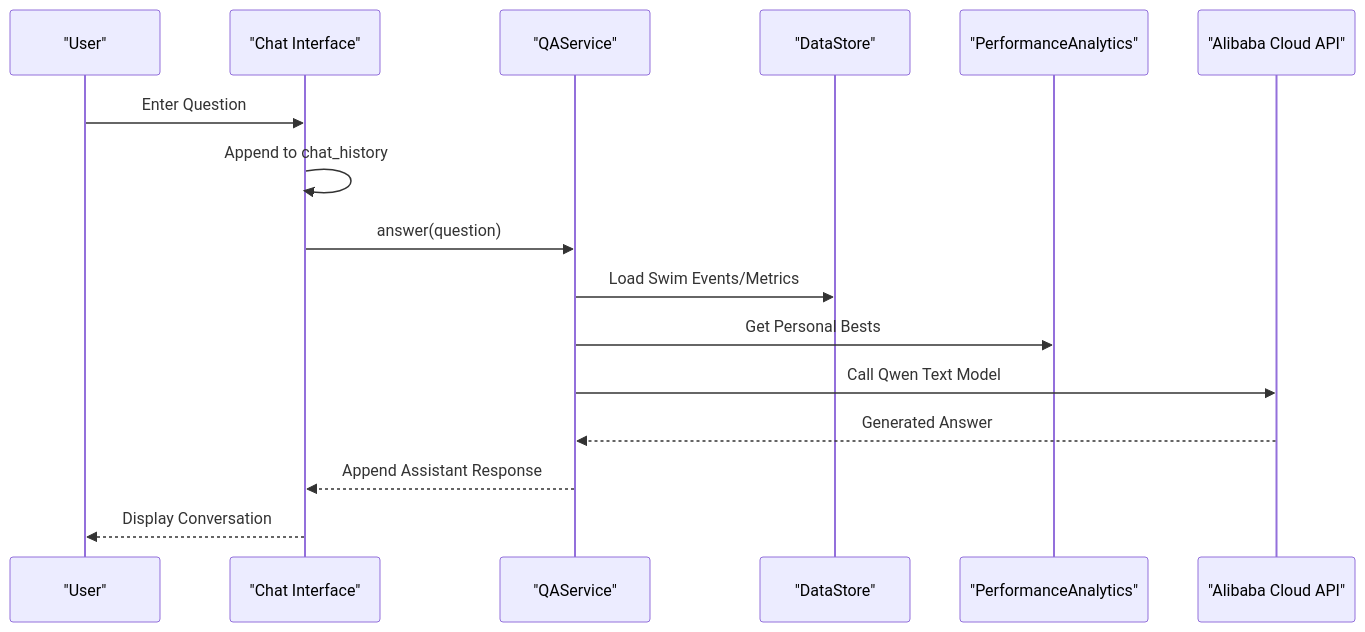
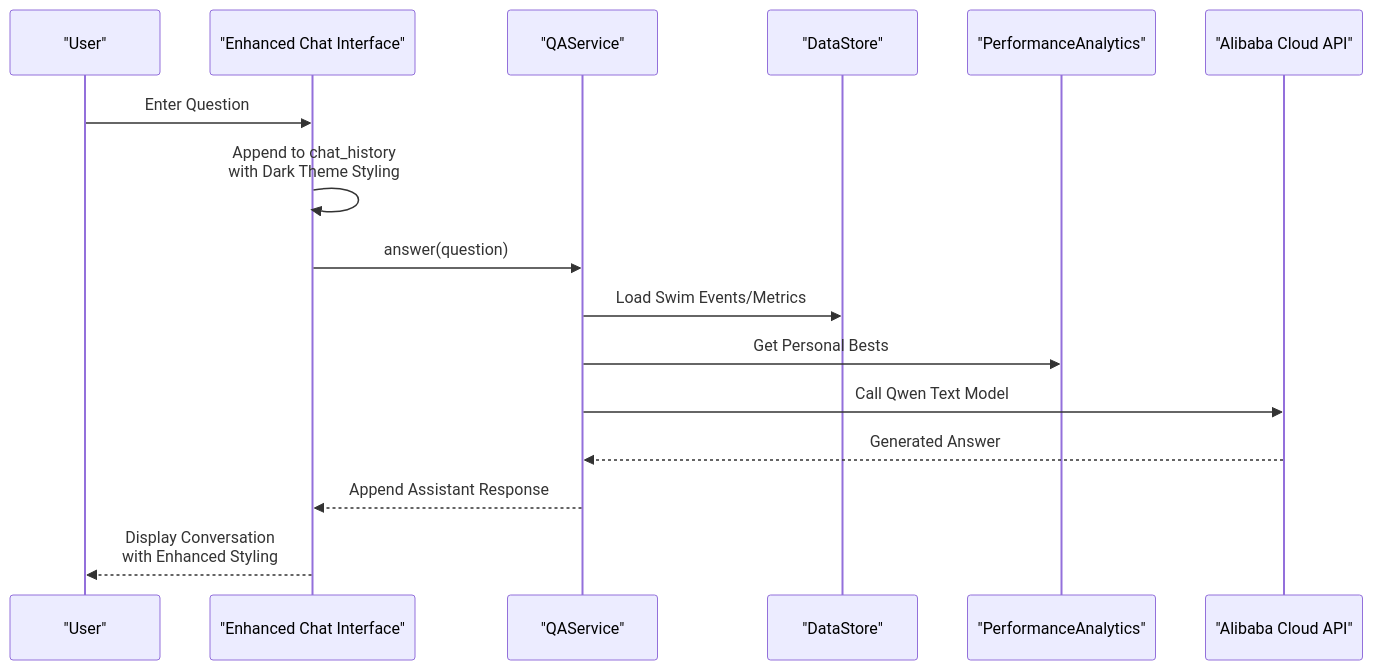
One commit to Johnny22056/SwimingStatus changed diagram 11 of 12 in .qoder/repowiki/en/content/Core Components/Application Controller.md. Above: the diagram before and after it, drawn with Mermaid. The commit also changed other lines of this file and 5 other files, not shown here.

First line of the commit message:
feat: chart/PB UI polish, Gap to NM column, meet course override

````diff
--- a/.qoder/repowiki/en/content/Core Components/Application Controller.md
+++ b/.qoder/repowiki/en/content/Core Components/Application Controller.md
@@ -440,18 +395,18 @@
 ```mermaid
 sequenceDiagram
 participant User as "User"
-participant Chat as "Chat Interface"
+participant Chat as "Enhanced Chat Interface"
 participant QA as "QAService"
 participant DS as "DataStore"
 participant PA as "PerformanceAnalytics"
 participant API as "Alibaba Cloud API"
 User->>Chat : Enter Question
-Chat->>Chat : Append to chat_history
+Chat->>Chat : Append to chat_history<br/>with Dark Theme Styling
 Chat->>QA : answer(question)
 QA->>DS : Load Swim Events/Metrics
 QA->>PA : Get Personal Bests
 QA->>API : Call Qwen Text Model
 API-->>QA : Generated Answer
 QA-->>Chat : Append Assistant Response
-Chat-->>User : Display Conversation
+Chat-->>User : Display Conversation<br/>with Enhanced Styling
 ```
````
